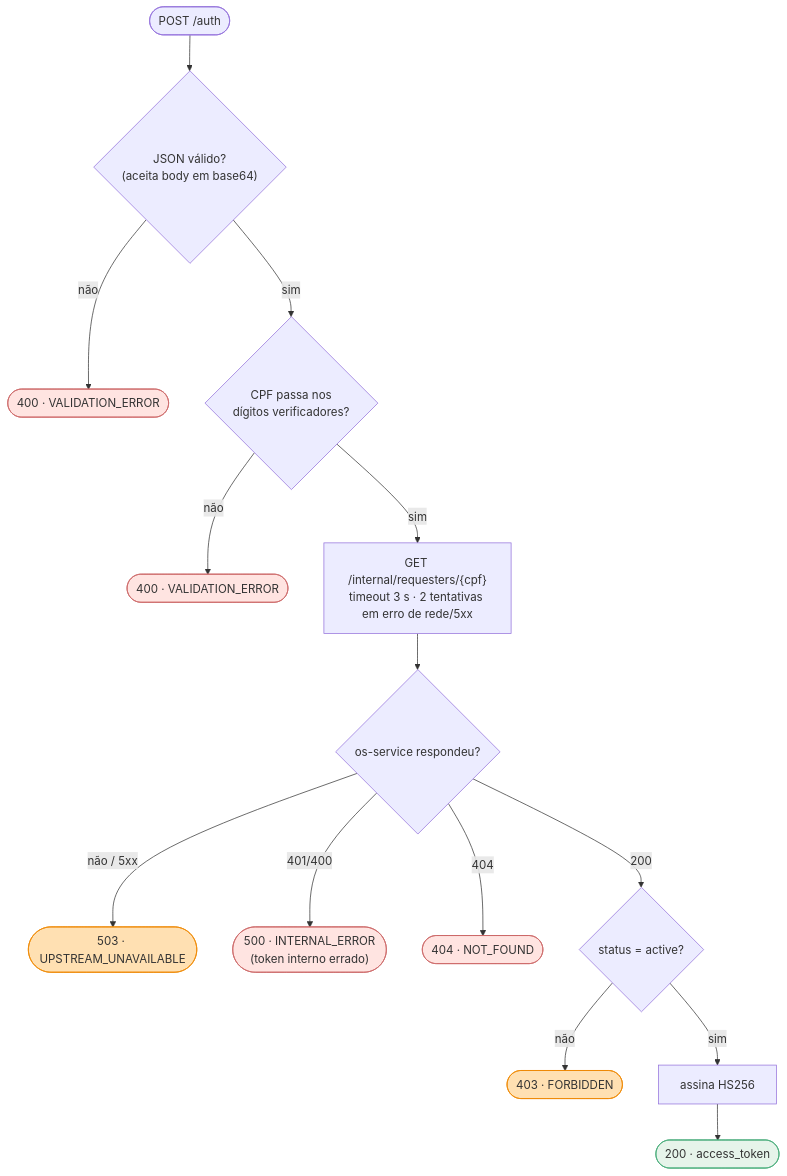
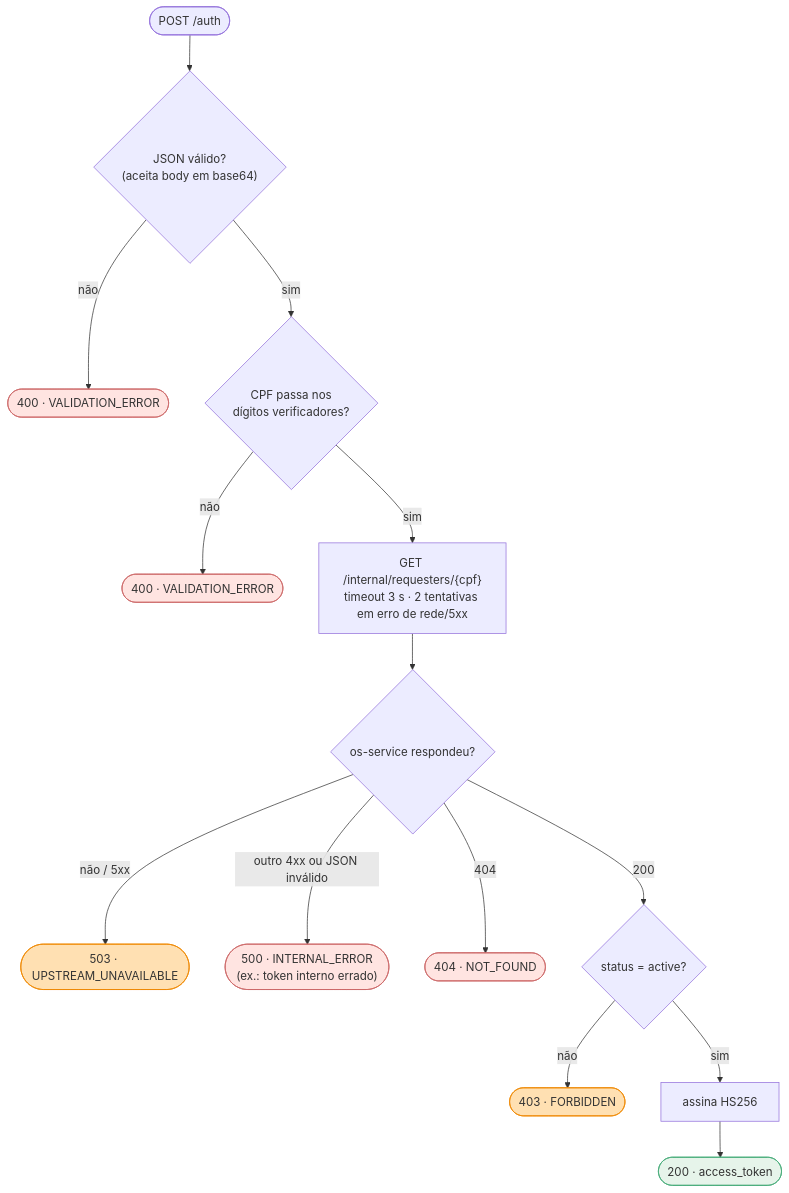
Before and after one commit to Kc1t/postech-tc4-lambda-auth: the second of 3 diagrams in README.md, drawn with Mermaid. The commit also changed other lines of this file, not shown here.

````diff
--- a/README.md
+++ b/README.md
@@ -57,24 +86,24 @@
 ```mermaid
 flowchart TD
     e(["POST /auth"]) --> j{"JSON válido?<br/>(aceita body em base64)"}
     j -->|não| r400a(["400 · VALIDATION_ERROR"])
     j -->|sim| c{"CPF passa nos<br/>dígitos verificadores?"}
     c -->|não| r400b(["400 · VALIDATION_ERROR"])
     c -->|sim| q["GET /internal/requesters/{cpf}<br/>timeout 3 s · 2 tentativas em erro de rede/5xx"]
     q --> u{"os-service respondeu?"}
     u -->|"não / 5xx"| r503(["503 · UPSTREAM_UNAVAILABLE"])
-    u -->|"401/400"| r500(["500 · INTERNAL_ERROR<br/>(token interno errado)"])
+    u -->|"outro 4xx ou JSON inválido"| r500(["500 · INTERNAL_ERROR<br/>(ex.: token interno errado)"])
     u -->|404| r404(["404 · NOT_FOUND"])
     u -->|200| a{"status = active?"}
     a -->|não| r403(["403 · FORBIDDEN"])
     a -->|sim| sign["assina HS256"]
     sign --> ok(["200 · access_token"])
 
     style r400a fill:#ffe4e1,stroke:#c66
     style r400b fill:#ffe4e1,stroke:#c66
     style r404 fill:#ffe4e1,stroke:#c66
     style r403 fill:#ffe0b2,stroke:#e80
     style r503 fill:#ffe0b2,stroke:#e80
     style r500 fill:#ffe4e1,stroke:#c66
     style ok fill:#e6f4ea,stroke:#4a7
 ```
````
